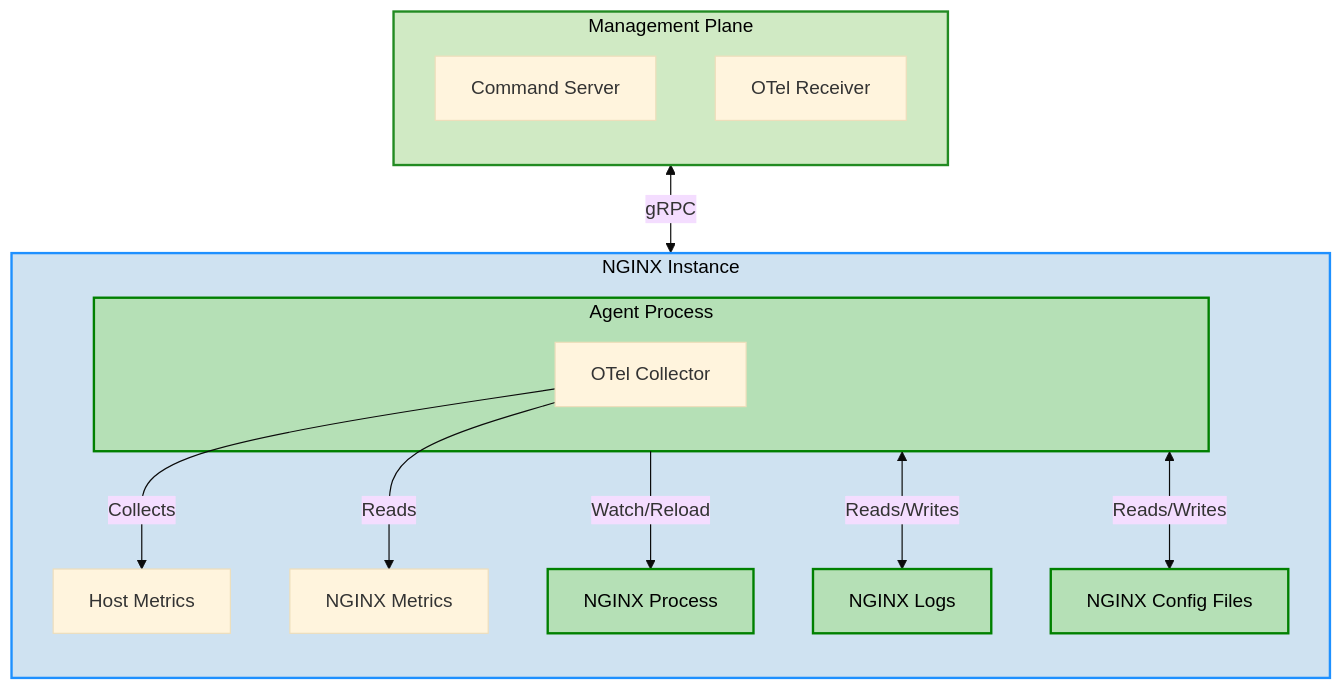
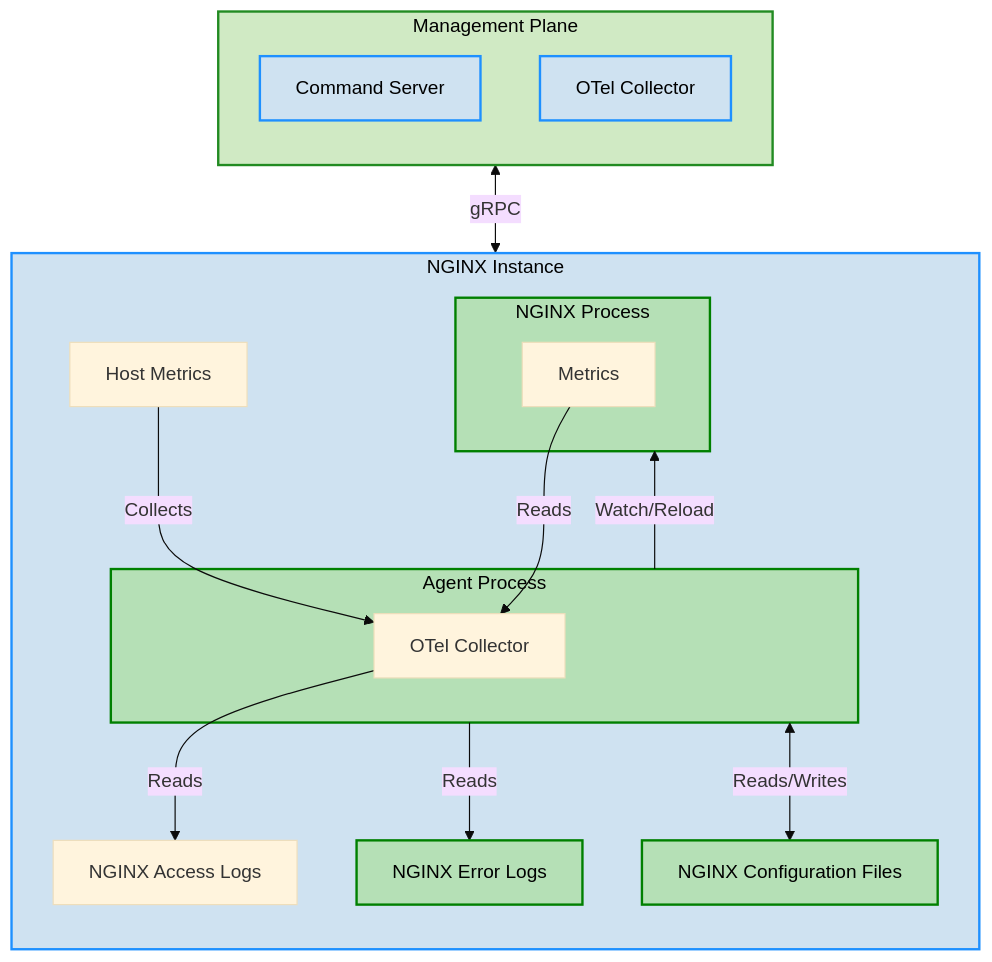
The diagram in content/agent/about.md (nginx/documentation), drawn with Mermaid (base theme) before and after one commit.

Commit message:
Add Agent V3 Diagram

````diff
--- a/content/agent/about.md
+++ b/content/agent/about.md
@@ -45,34 +45,39 @@
 ```mermaid
 graph BT
 
     %% Define colors for the subgraphs
     style ManagementPlane fill:#d0eac4,stroke:#228B22,stroke-width:2px,color:#000000
+    style CommandControl fill:#cfe2f1,stroke:#1E90FF,stroke-width:2px,color:#000000
+    style OTelManagementPlane fill:#cfe2f1,stroke:#1E90FF,stroke-width:2px,color:#000000
     style Compute fill:#cfe2f1,stroke:#1E90FF,stroke-width:2px,color:#000000
     style NGINX fill:#b5e0b6,stroke:#008000,stroke-width:2px,color:#000000
     style NGINXConfig fill:#b5e0b6,stroke:#008000,stroke-width:2px,color:#000000
-    style Logs fill:#b5e0b6,stroke:#008000,stroke-width:2px,color:#000000
+    style ErrorLogs fill:#b5e0b6,stroke:#008000,stroke-width:2px,color:#000000
     style Agent fill:#b5e0b6,stroke:#008000,stroke-width:2px,color:#000000
 
     subgraph ManagementPlane["Management Plane"]
         CommandControl["Command Server"]
-        OTelManagementPlane["OTel Receiver"]
+        OTelManagementPlane["OTel Collector"]
     end
 
     subgraph Compute["NGINX Instance"]
         subgraph Agent["Agent Process"]
             OTelDataPlane["OTel Collector"]
         end
 
-        NGINX["NGINX Process"]
-        NGINXConfig["NGINX Config Files"]
-        Logs["NGINX Logs"]
+        subgraph NGINX["NGINX Process"]
+            NGINXMetrics["Metrics"]
+        end
+        NGINXConfig["NGINX Configuration Files"]
+        ErrorLogs["NGINX Error Logs"]
 
+        Metrics["Host Metrics"] --> |Collects| OTelDataPlane
+        NGINXMetrics --> |Reads| OTelDataPlane["OTel Collector"]
         Agent --> |Watch/Reload| NGINX
-        Agent <--> |Reads/Writes| Logs
+        Agent --> |Reads| ErrorLogs
+        OTelDataPlane --> |Reads| AccessLogs["NGINX Access Logs"]
         Agent <--> |Reads/Writes| NGINXConfig
-        OTelDataPlane --> |Collects| Metrics["Host Metrics"]
-        OTelDataPlane --> |Reads| NGINXMetrics["NGINX Metrics"]
     end
 
     Compute <--> |gRPC| ManagementPlane
 ```
````
